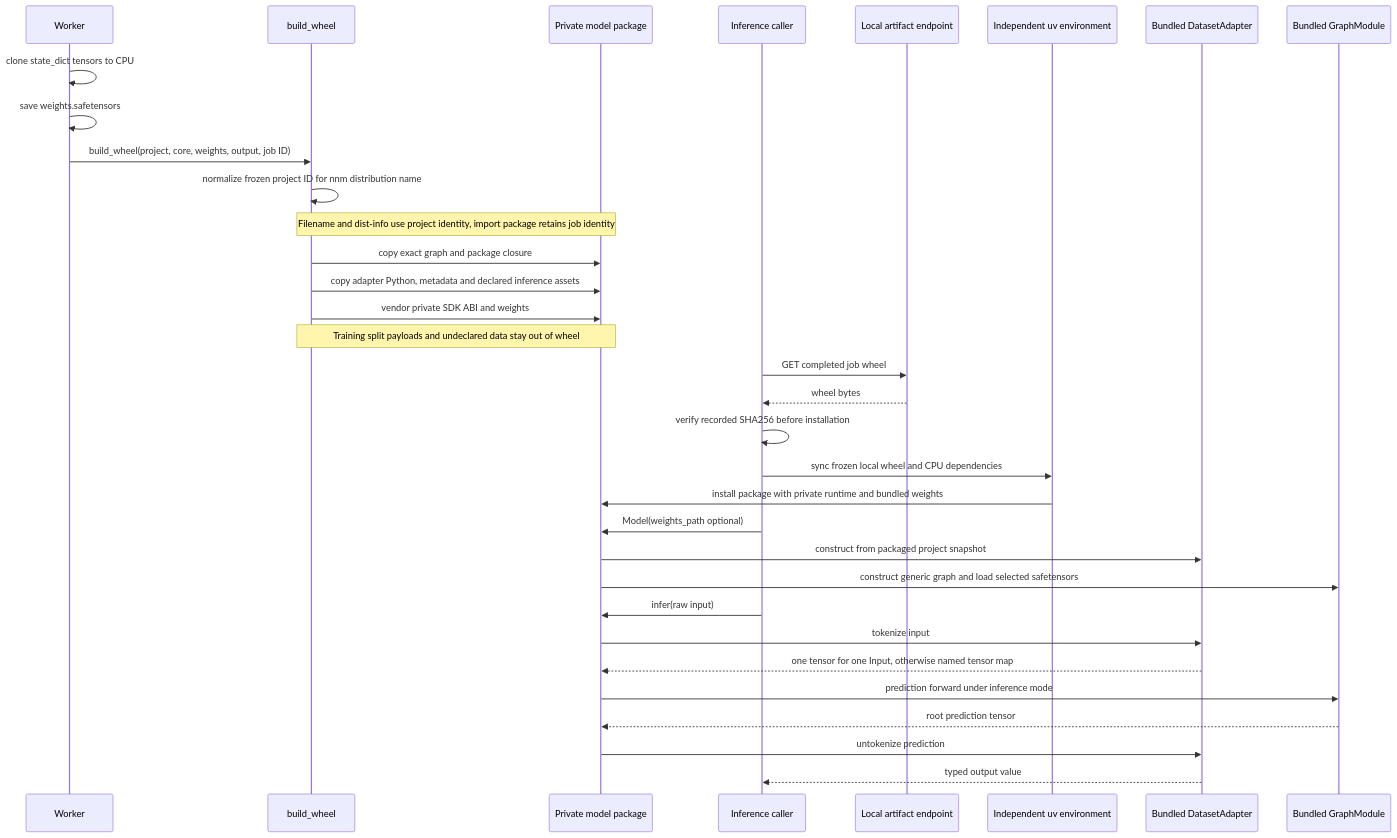
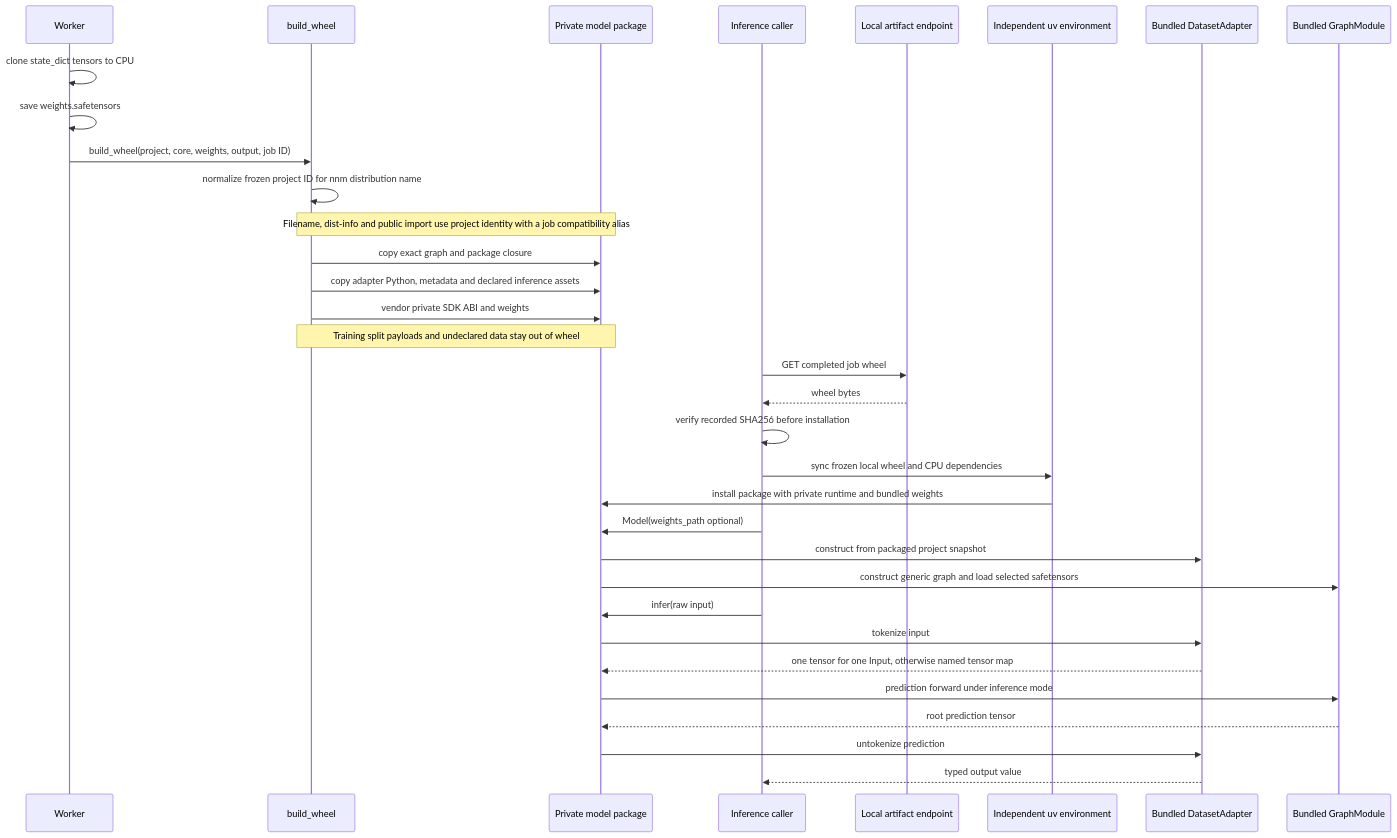
The third of 4 diagrams in docs/knowledge/uml/sequences/python-runtime.md (LucaSforza/nnmodelling-ui), drawn with Mermaid before and after one commit. The commit also changed other lines of this file and 13 other files, not shown here.

````diff
--- a/docs/knowledge/uml/sequences/python-runtime.md
+++ b/docs/knowledge/uml/sequences/python-runtime.md
@@ -113,35 +113,35 @@
 ```mermaid
   sequenceDiagram
     participant Worker
     participant Runtime as build_wheel
     participant Wheel as Private model package
     participant User as Inference caller
     participant API as Local artifact endpoint
     participant UV as Independent uv environment
     participant Adapter as Bundled DatasetAdapter
     participant Graph as Bundled GraphModule
     Worker->>Worker: clone state_dict tensors to CPU
     Worker->>Worker: save weights.safetensors
     Worker->>Runtime: build_wheel(project, core, weights, output, job ID)
     Runtime->>Runtime: normalize frozen project ID for nnm distribution name
-    Note over Runtime,Wheel: Filename and dist-info use project identity, import package retains job identity
+    Note over Runtime,Wheel: Filename, dist-info and public import use project identity with a job compatibility alias
     Runtime->>Wheel: copy exact graph and package closure
     Runtime->>Wheel: copy adapter Python, metadata and declared inference assets
     Runtime->>Wheel: vendor private SDK ABI and weights
     Note over Runtime,Wheel: Training split payloads and undeclared data stay out of wheel
     User->>API: GET completed job wheel
     API-->>User: wheel bytes
     User->>User: verify recorded SHA256 before installation
     User->>UV: sync frozen local wheel and CPU dependencies
     UV->>Wheel: install package with private runtime and bundled weights
     User->>Wheel: Model(weights_path optional)
     Wheel->>Adapter: construct from packaged project snapshot
     Wheel->>Graph: construct generic graph and load selected safetensors
     User->>Wheel: infer(raw input)
     Wheel->>Adapter: tokenize input
     Adapter-->>Wheel: one tensor for one Input, otherwise named tensor map
     Wheel->>Graph: prediction forward under inference mode
     Graph-->>Wheel: root prediction tensor
     Wheel->>Adapter: untokenize prediction
     Adapter-->>User: typed output value
 ```
````
